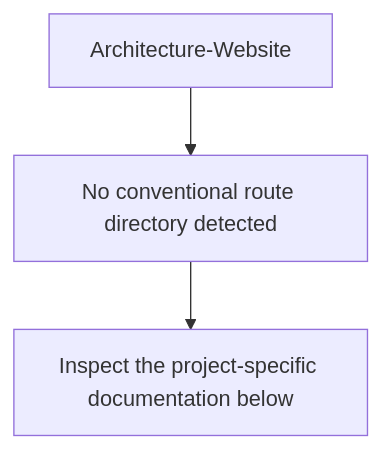
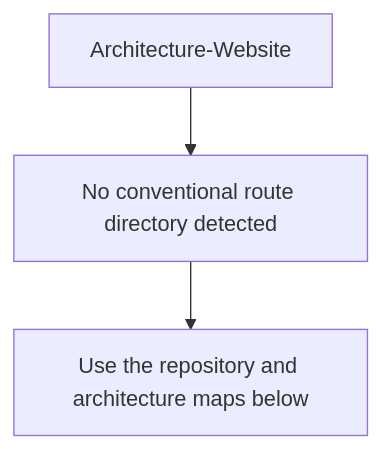
Before and after one commit to Nischhalsubba/Architecture-Website: the second of 5 diagrams in README.md, drawn with Mermaid. The commit also changed other lines of this file, not shown here.

````diff
--- a/README.md
+++ b/README.md
@@ -40,6 +68,6 @@
 ```mermaid
 flowchart TD
     APP["Architecture-Website"]
     APP --> SOURCE["No conventional route directory detected"]
-    SOURCE --> VERIFY["Inspect the project-specific documentation below"]
+    SOURCE --> GUIDE["Use the repository and architecture maps below"]
 ```
````
